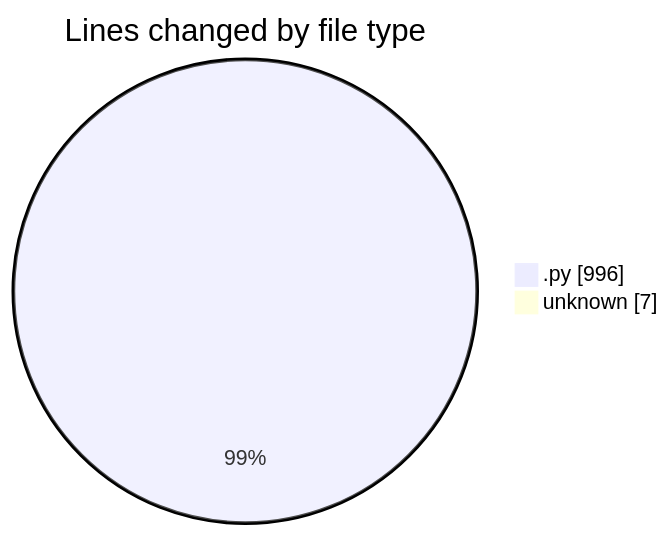
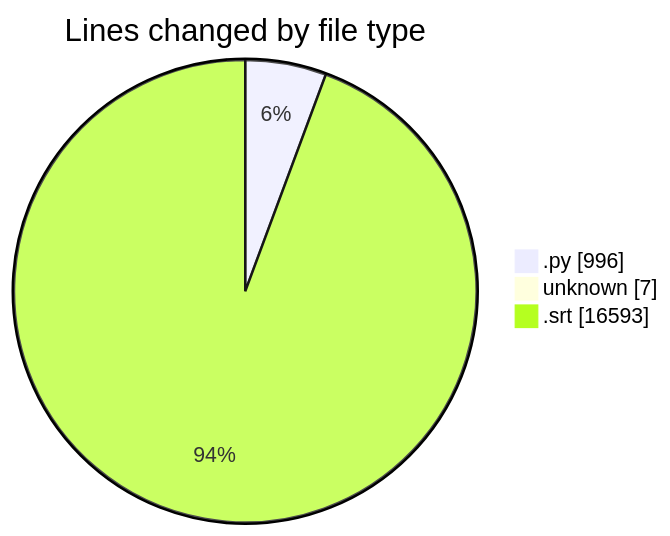
The first of 2 diagrams in 2026-09-21/video-downloader/README.md (momahboobian/code-tracking), drawn with Mermaid before and after one commit. The commit also changed other lines of this file and 1 other file, not shown here.

````diff
--- a/2026-09-21/video-downloader/README.md
+++ b/2026-09-21/video-downloader/README.md
@@ -22,6 +23,7 @@
 ```mermaid
 pie showData
 title Lines changed by file type
 ".py" : 996
 "unknown" : 7
+".srt" : 16593
 ```
````
